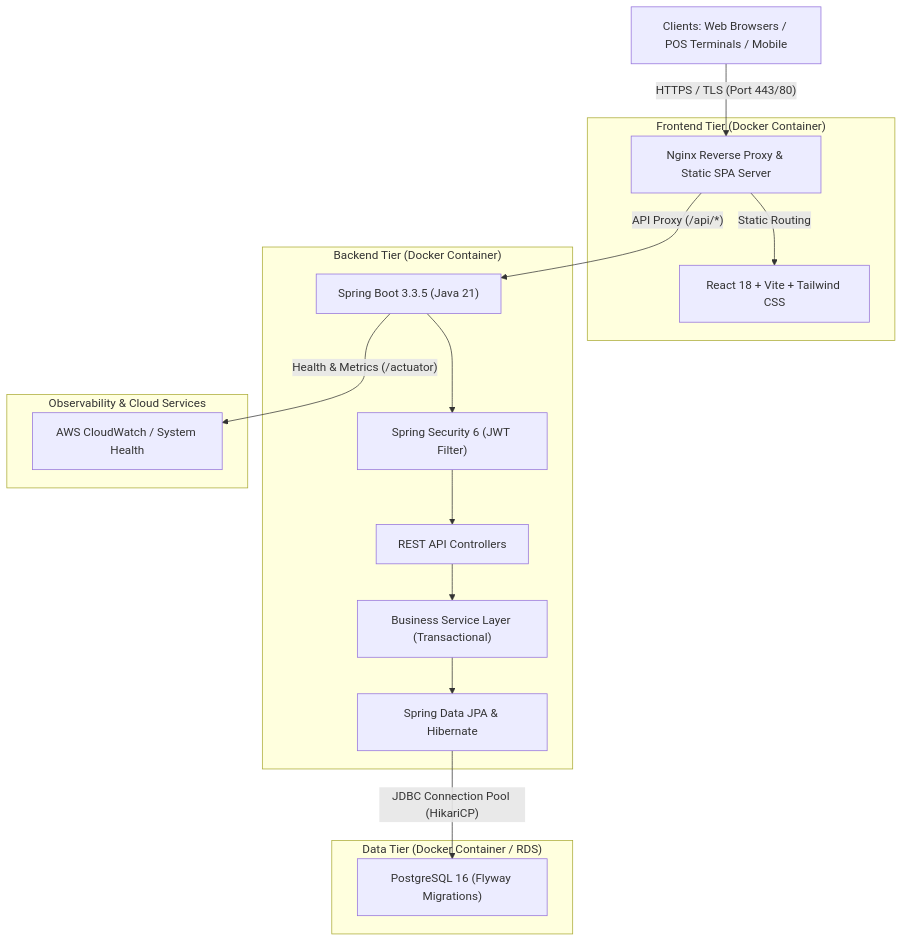
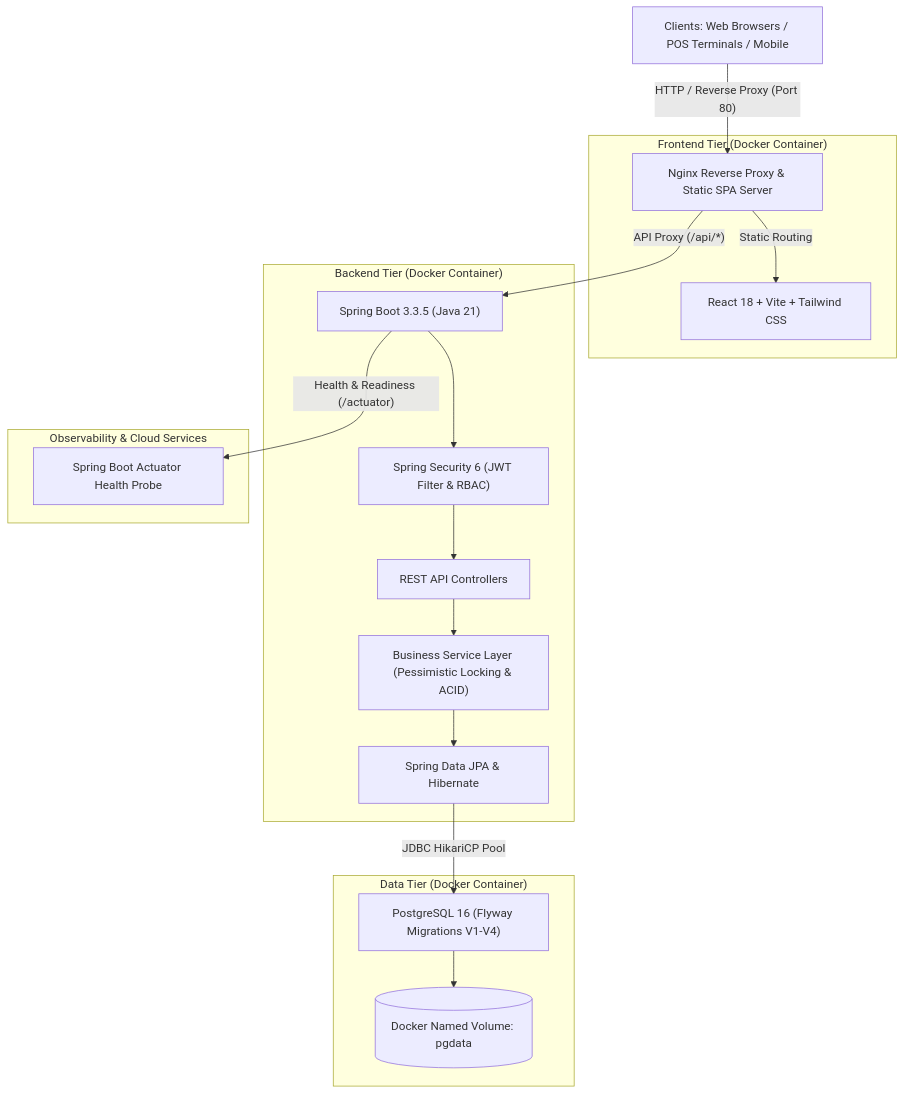
Before and after one commit to sunilganganagunta/pharmacy-management-platform: the first of 3 diagrams in README.md, drawn with Mermaid. The commit also changed other lines of this file and 6 other files, not shown here.

````diff
--- a/README.md
+++ b/README.md
@@ -78,24 +36,25 @@
 ```mermaid
 flowchart TD
-    Client["Clients: Web Browsers / POS Terminals / Mobile"] -->|"HTTPS / TLS (Port 443/80)"| Nginx["Nginx Reverse Proxy & Static SPA Server"]
+    Client["Clients: Web Browsers / POS Terminals / Mobile"] -->|"HTTP / Reverse Proxy (Port 80)"| Nginx["Nginx Reverse Proxy & Static SPA Server"]
     
     subgraph Frontend Tier ["Frontend Tier (Docker Container)"]
         Nginx -->|"Static Routing"| ReactApp["React 18 + Vite + Tailwind CSS"]
     end
 
     subgraph Backend Tier ["Backend Tier (Docker Container)"]
         Nginx -->|"API Proxy (/api/*)"| SpringBoot["Spring Boot 3.3.5 (Java 21)"]
-        SpringBoot --> Security["Spring Security 6 (JWT Filter)"]
+        SpringBoot --> Security["Spring Security 6 (JWT Filter & RBAC)"]
         Security --> Controllers["REST API Controllers"]
-        Controllers --> Services["Business Service Layer (Transactional)"]
+        Controllers --> Services["Business Service Layer (Pessimistic Locking & ACID)"]
         Services --> Repositories["Spring Data JPA & Hibernate"]
     end
 
-    subgraph Data Tier ["Data Tier (Docker Container / RDS)"]
-        Repositories -->|"JDBC Connection Pool (HikariCP)"| Postgres["PostgreSQL 16 (Flyway Migrations)"]
+    subgraph Data Tier ["Data Tier (Docker Container)"]
+        Repositories -->|"JDBC HikariCP Pool"| Postgres["PostgreSQL 16 (Flyway Migrations V1-V4)"]
+        Postgres --> PersistentVolume[("Docker Named Volume: pgdata")]
     end
 
     subgraph Observability ["Observability & Cloud Services"]
-        SpringBoot -->|"Health & Metrics (/actuator)"| CloudWatch["AWS CloudWatch / System Health"]
+        SpringBoot -->|"Health & Readiness (/actuator)"| Actuator["Spring Boot Actuator Health Probe"]
     end
 ```
````
